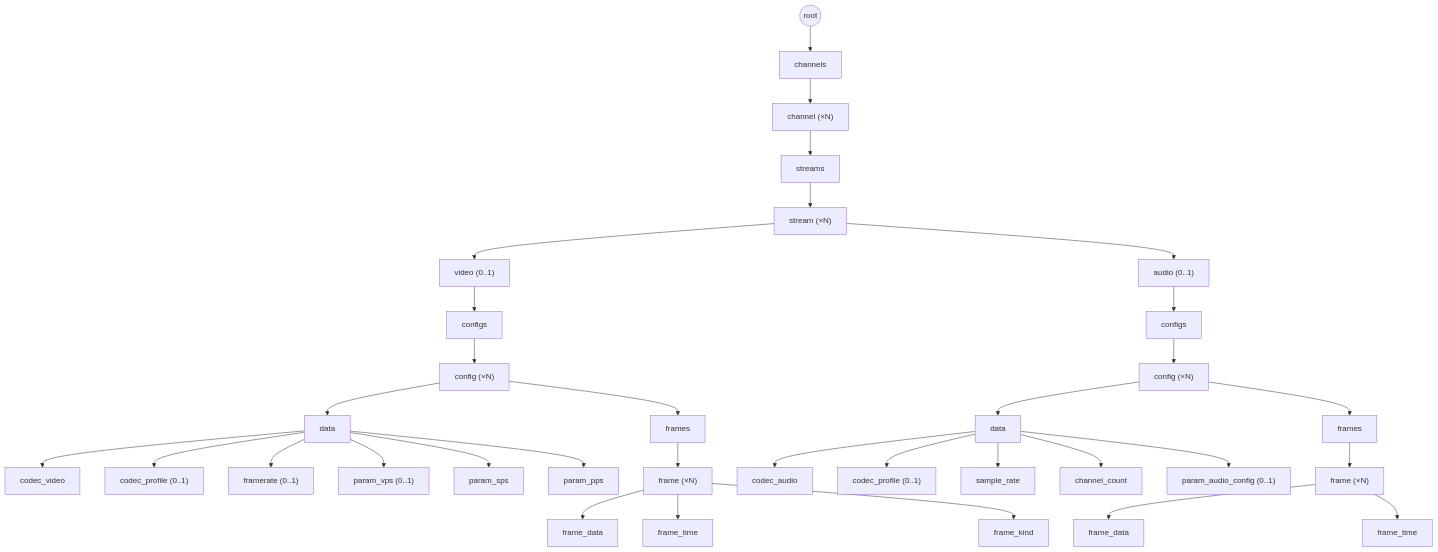
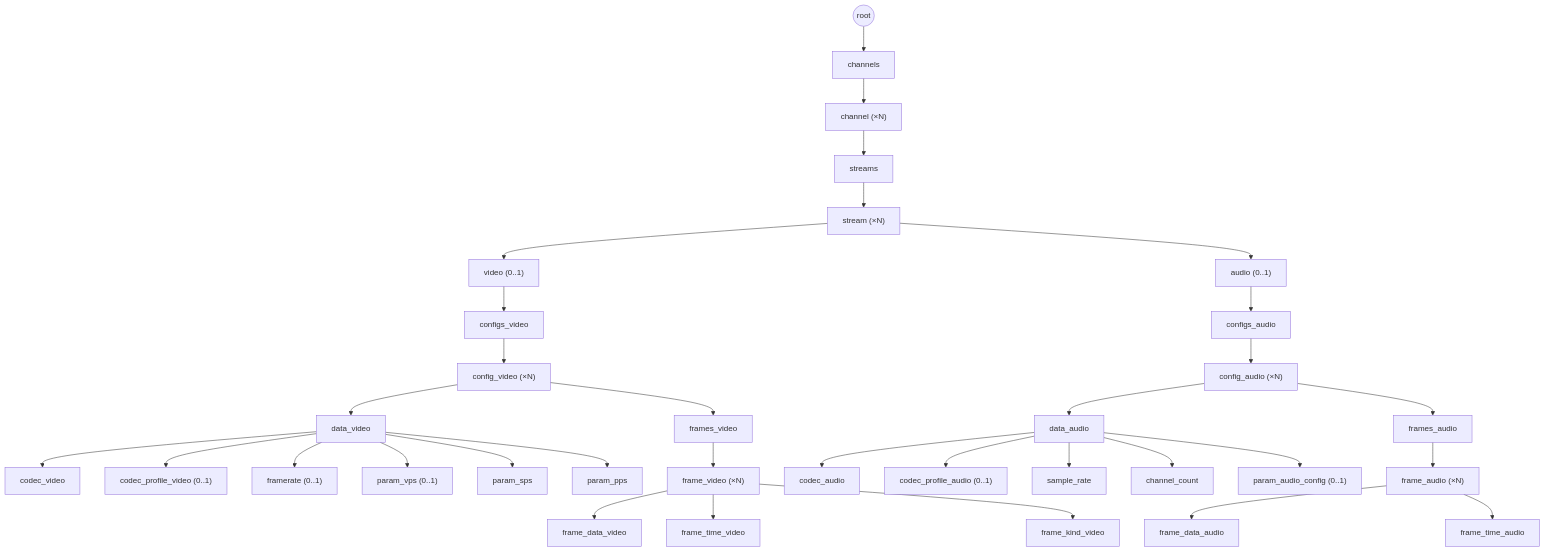
The diagram in docs/docs/archive/07-media-tree.md (traycers/farc), drawn with Mermaid before and after one commit. The commit also changed other lines of this file and 3 other files, not shown here.

````diff
--- a/docs/docs/archive/07-media-tree.md
+++ b/docs/docs/archive/07-media-tree.md
@@ -16,68 +16,68 @@
 ```mermaid
 flowchart TD
     root(("root"))
     channels["channels"]
     channel["channel (×N)"]
     streams["streams"]
     stream["stream (×N)"]
     video["video (0..1)"]
     audio["audio (0..1)"]
 
-    vconfigs["configs"]
-    vcfg["config (×N)"]
-    vdata["data"]
+    vconfigs["configs_video"]
+    vcfg["config_video (×N)"]
+    vdata["data_video"]
     vcodec["codec_video"]
-    vprofile["codec_profile (0..1)"]
+    vprofile["codec_profile_video (0..1)"]
     vframerate["framerate (0..1)"]
     vvps["param_vps (0..1)"]
     vsps["param_sps"]
     vpps["param_pps"]
-    vframes["frames"]
-    vframe["frame (×N)"]
-    vfdata["frame_data"]
-    vftime["frame_time"]
-    vfkind["frame_kind"]
+    vframes["frames_video"]
+    vframe["frame_video (×N)"]
+    vfdata["frame_data_video"]
+    vftime["frame_time_video"]
+    vfkind["frame_kind_video"]
 
-    aconfigs["configs"]
-    acfg["config (×N)"]
-    adata["data"]
+    aconfigs["configs_audio"]
+    acfg["config_audio (×N)"]
+    adata["data_audio"]
     acodec["codec_audio"]
-    aprofile["codec_profile (0..1)"]
+    aprofile["codec_profile_audio (0..1)"]
     asr["sample_rate"]
     ach["channel_count"]
     aacfg["param_audio_config (0..1)"]
-    aframes["frames"]
-    aframe["frame (×N)"]
-    afdata["frame_data"]
-    aftime["frame_time"]
+    aframes["frames_audio"]
+    aframe["frame_audio (×N)"]
+    afdata["frame_data_audio"]
+    aftime["frame_time_audio"]
 
     root --> channels --> channel --> streams --> stream
     stream --> video
     stream --> audio
 
     video --> vconfigs --> vcfg
     vcfg --> vdata
     vdata --> vcodec
     vdata --> vprofile
     vdata --> vframerate
     vdata --> vvps
     vdata --> vsps
     vdata --> vpps
     vcfg --> vframes
     vframes --> vframe
     vframe --> vfdata
     vframe --> vftime
     vframe --> vfkind
 
     audio --> aconfigs --> acfg
     acfg --> adata
     adata --> acodec
     adata --> aprofile
     adata --> asr
     adata --> ach
     adata --> aacfg
     acfg --> aframes
     aframes --> aframe
     aframe --> afdata
     aframe --> aftime
 ```
````
